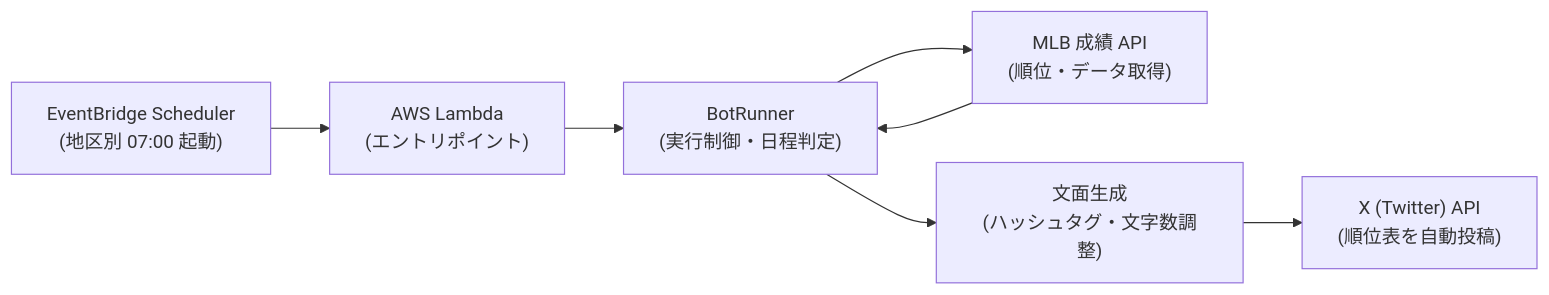
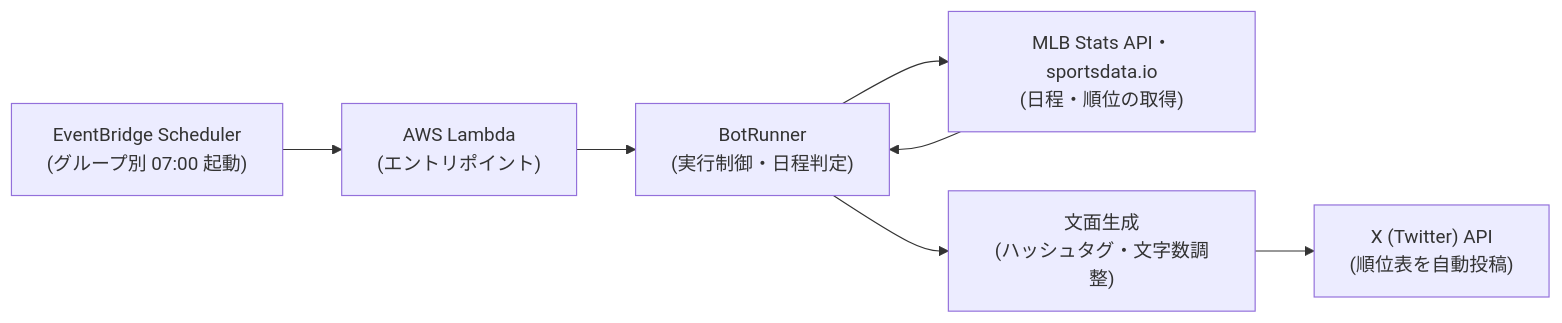
Before and after one commit to shin4488/MlbBot: the diagram in README.md, drawn with Mermaid. The commit also changed other lines of this file and 14 other files, not shown here.

````diff
--- a/README.md
+++ b/README.md
@@ -12,9 +10,9 @@
 ```mermaid
 flowchart LR
-    Event["EventBridge Scheduler<br>(地区別 07:00 起動)"] --> Lambda["AWS Lambda<br>(エントリポイント)"]
+    Event["EventBridge Scheduler<br>(グループ別 07:00 起動)"] --> Lambda["AWS Lambda<br>(エントリポイント)"]
     Lambda --> App["BotRunner<br>(実行制御・日程判定)"]
-    App --> MLB["MLB 成績 API<br>(順位・データ取得)"]
+    App --> MLB["MLB Stats API・sportsdata.io<br>(日程・順位の取得)"]
     MLB --> App
     App --> Compose["文面生成<br>(ハッシュタグ・文字数調整)"]
     Compose --> X["X (Twitter) API<br>(順位表を自動投稿)"]
 ```
````
